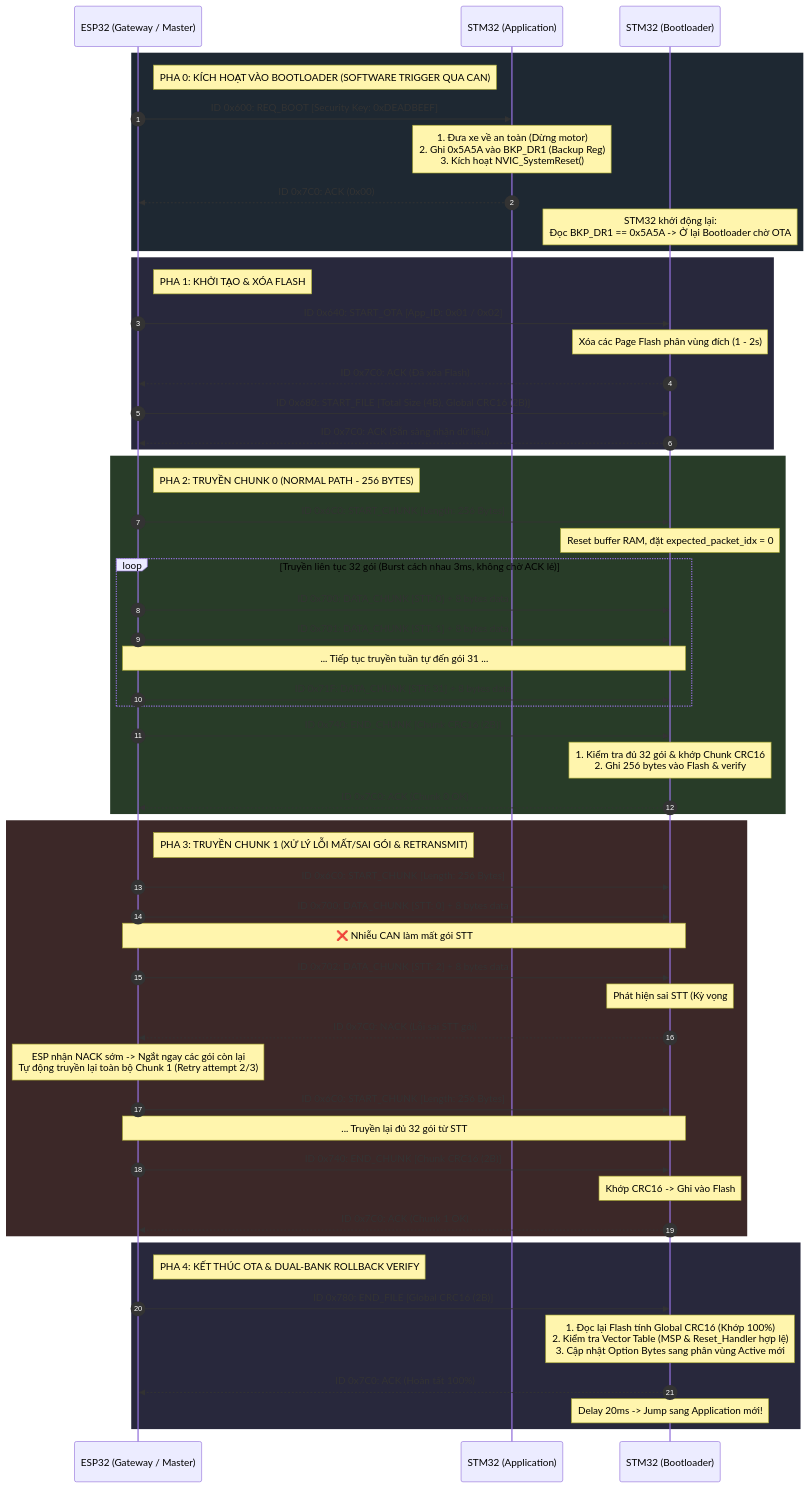
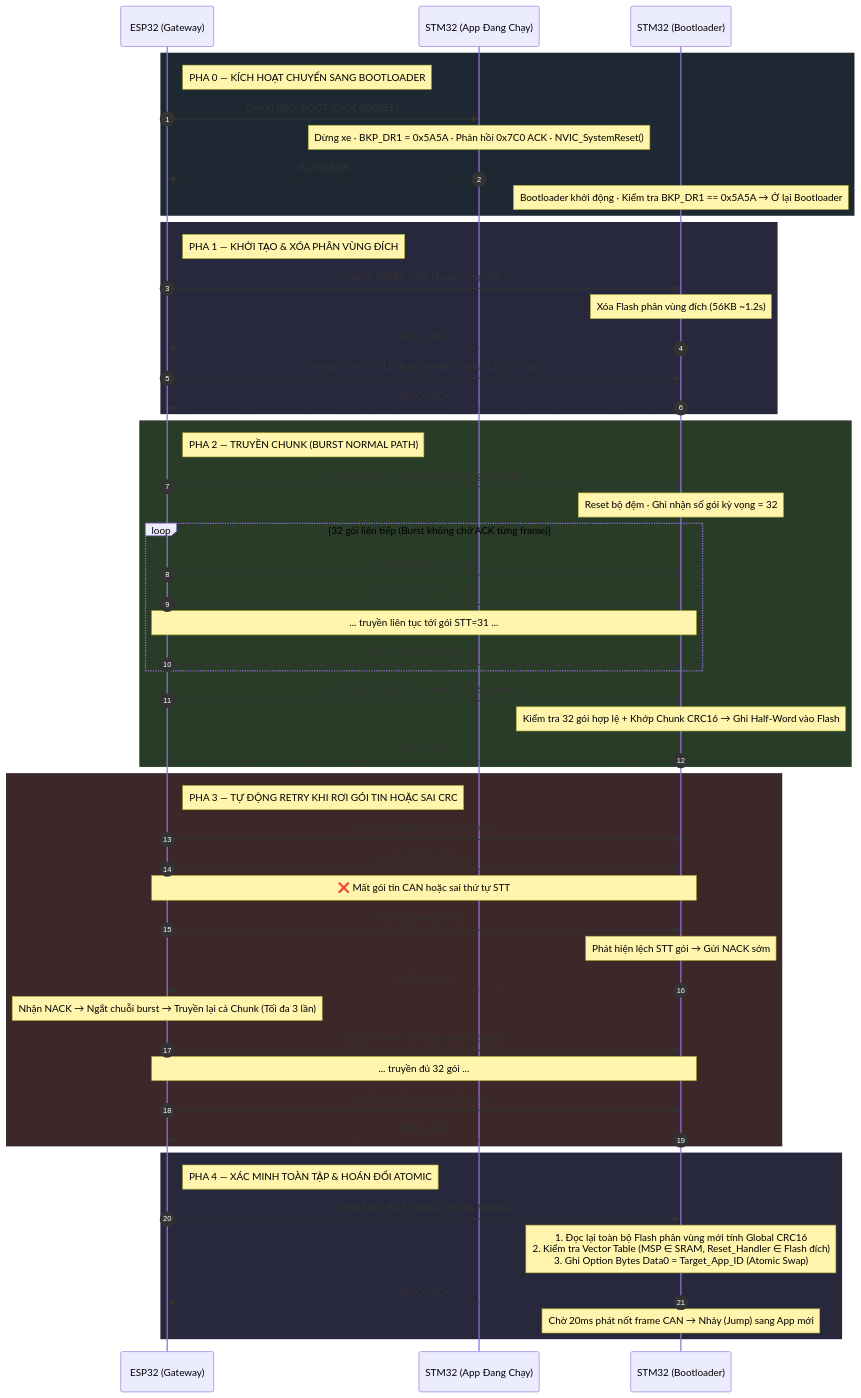
One commit to ShallWiron/OTAutomotive changed the second of 2 diagrams in Documents/Project_Management.md. Above: the diagram before and after it, drawn with Mermaid. The commit also changed other lines of this file and 116 other files, not shown here.

````diff
--- a/Documents/Project_Management.md
+++ b/Documents/Project_Management.md
@@ -107,68 +117,66 @@
 ```mermaid
 sequenceDiagram
     autonumber
-    participant ESP as ESP32 (Gateway / Master)
-    participant App as STM32 (Application)
+    participant ESP as ESP32 (Gateway)
+    participant App as STM32 (App Đang Chạy)
     participant Boot as STM32 (Bootloader)
 
-    rect rgb(30, 40, 50)
-    note right of ESP: PHA 0: KÍCH HOẠT VÀO BOOTLOADER (SOFTWARE TRIGGER QUA CAN)
-    ESP->>App: ID 0x600: REQ_BOOT [Security Key: 0xDEADBEEF]
-    Note over App: 1. Đưa xe về an toàn (Dừng motor)<br/>2. Ghi 0x5A5A vào BKP_DR1 (Backup Reg)<br/>3. Kích hoạt NVIC_SystemReset()
-    App-->>ESP: ID 0x7C0: ACK (0x00)
-    Note over Boot: STM32 khởi động lại:<br/>Đọc BKP_DR1 == 0x5A5A -> Ở lại Bootloader chờ OTA
+    rect rgb(30,40,50)
+    note right of ESP: PHA 0 — KÍCH HOẠT CHUYỂN SANG BOOTLOADER
+    ESP->>App: 0x600 REQ_BOOT [0xDEADBEEF]
+    Note over App: Dừng xe · BKP_DR1 = 0x5A5A · Phản hồi 0x7C0 ACK · NVIC_SystemReset()
+    App-->>ESP: 0x7C0 ACK
+    Note over Boot: Bootloader khởi động · Kiểm tra BKP_DR1 == 0x5A5A → Ở lại Bootloader
     end
 
-    rect rgb(40, 40, 60)
-    note right of ESP: PHA 1: KHỞI TẠO & XÓA FLASH
-    ESP->>Boot: ID 0x640: START_OTA [App_ID: 0x01 / 0x02]
-    Note over Boot: Xóa các Page Flash phân vùng đích (1 - 2s)
-    Boot-->>ESP: ID 0x7C0: ACK (Đã xóa Flash)
-    
-    ESP->>Boot: ID 0x680: START_FILE [Total Size (4B), Global CRC16 (2B)]
-    Boot-->>ESP: ID 0x7C0: ACK (Sẵn sàng nhận dữ liệu)
+    rect rgb(40,40,60)
+    note right of ESP: PHA 1 — KHỞI TẠO & XÓA PHÂN VÙNG ĐÍCH
+    ESP->>Boot: 0x640 START_OTA [Target_App_ID]
+    Note over Boot: Xóa Flash phân vùng đích (56KB ~1.2s)
+    Boot-->>ESP: 0x7C0 ACK
+
+    ESP->>Boot: 0x680 START_FILE [File Size 4B · Global CRC16 2B]
+    Boot-->>ESP: 0x7C0 ACK
     end
 
-    rect rgb(40, 60, 40)
-    note right of ESP: PHA 2: TRUYỀN CHUNK 0 (NORMAL PATH - 256 BYTES)
-    ESP->>Boot: ID 0x6C0: START_CHUNK [Length: 256 Bytes]
-    Note over Boot: Reset buffer RAM, đặt expected_packet_idx = 0
-    
-    loop Truyền liên tục 32 gói (Burst cách nhau 3ms, không chờ ACK lẻ)
-        ESP->>Boot: ID 0x700: DATA_CHUNK [STT: 0] + 8 bytes data
-        ESP->>Boot: ID 0x701: DATA_CHUNK [STT: 1] + 8 bytes data
-        Note over ESP,Boot: ... Tiếp tục truyền tuần tự đến gói 31 ...
-        ESP->>Boot: ID 0x71F: DATA_CHUNK [STT: 31] + 8 bytes data
-    end
-    
-    ESP->>Boot: ID 0x740: END_CHUNK [Chunk CRC16 (2B)]
-    Note over Boot: 1. Kiểm tra đủ 32 gói & khớp Chunk CRC16<br/>2. Ghi 256 bytes vào Flash & verify
-    Boot-->>ESP: ID 0x7C0: ACK (Chunk 0 OK)
+    rect rgb(40,60,40)
+    note right of ESP: PHA 2 — TRUYỀN CHUNK (BURST NORMAL PATH)
+    ESP->>Boot: 0x6C0 START_CHUNK [Chunk Length: 256B]
+    Note over Boot: Reset bộ đệm · Ghi nhận số gói kỳ vọng = 32
+
+    loop 32 gói liên tiếp (Burst không chờ ACK từng frame)
+        ESP->>Boot: 0x700 DATA[STT=0] 8B
+        ESP->>Boot: 0x701 DATA[STT=1] 8B
+        Note over ESP,Boot: ... truyền liên tục tới gói STT=31 ...
+        ESP->>Boot: 0x71F DATA[STT=31] 8B
     end
 
-    rect rgb(60, 40, 40)
-    note right of ESP: PHA 3: TRUYỀN CHUNK 1 (XỬ LÝ LỖI MẤT/SAI GÓI & RETRANSMIT)
-    ESP->>Boot: ID 0x6C0: START_CHUNK [Length: 256 Bytes]
-    ESP->>Boot: ID 0x700: DATA_CHUNK [STT: 0] + 8 bytes data
-    Note over ESP,Boot: ❌ Nhiễu CAN làm mất gói STT #1
-    ESP->>Boot: ID 0x702: DATA_CHUNK [STT: 2] + 8 bytes data
-    
-    Note over Boot: Phát hiện sai STT (Kỳ vọng #1, nhận #2)<br/>1. Đánh dấu chunk_seq_error = 1<br/>2. Gửi ngay NACK sớm
-    Boot-->>ESP: ID 0x7C0: NACK (Lỗi sai STT gói)
-    
-    Note over ESP: ESP nhận NACK sớm -> Ngắt ngay các gói còn lại<br/>Tự động truyền lại toàn bộ Chunk 1 (Retry attempt 2/3)
-    ESP->>Boot: ID 0x6C0: START_CHUNK [Length: 256 Bytes]
-    Note over ESP,Boot: ... Truyền lại đủ 32 gói từ STT #0 đến #31 ...
-    ESP->>Boot: ID 0x740: END_CHUNK [Chunk CRC16 (2B)]
-    Note over Boot: Khớp CRC16 -> Ghi vào Flash
-    Boot-->>ESP: ID 0x7C0: ACK (Chunk 1 OK)
+    ESP->>Boot: 0x740 END_CHUNK [Chunk CRC16-Modbus]
+    Note over Boot: Kiểm tra 32 gói hợp lệ + Khớp Chunk CRC16 → Ghi Half-Word vào Flash
+    Boot-->>ESP: 0x7C0 ACK
     end
 
-    rect rgb(40, 40, 60)
-    note right of ESP: PHA 4: KẾT THÚC OTA & DUAL-BANK ROLLBACK VERIFY
-    ESP->>Boot: ID 0x780: END_FILE [Global CRC16 (2B)]
-    Note over Boot: 1. Đọc lại Flash tính Global CRC16 (Khớp 100%)<br/>2. Kiểm tra Vector Table (MSP & Reset_Handler hợp lệ)<br/>3. Cập nhật Option Bytes sang phân vùng Active mới
-    Boot-->>ESP: ID 0x7C0: ACK (Hoàn tất 100%)
-    Note over Boot: Delay 20ms -> Jump sang Application mới!
+    rect rgb(60,40,40)
+    note right of ESP: PHA 3 — TỰ ĐỘNG RETRY KHI RƠI GÓI TIN HOẶC SAI CRC
+    ESP->>Boot: 0x6C0 START_CHUNK [256B]
+    ESP->>Boot: 0x700 DATA[STT=0]
+    Note over ESP,Boot: ❌ Mất gói tin CAN hoặc sai thứ tự STT
+    ESP->>Boot: 0x702 DATA[STT=2]
+    Note over Boot: Phát hiện lệch STT gói → Gửi NACK sớm
+    Boot-->>ESP: 0x7C0 NACK
+
+    Note over ESP: Nhận NACK → Ngắt chuỗi burst → Truyền lại cả Chunk (Tối đa 3 lần)
+    ESP->>Boot: 0x6C0 START_CHUNK [Retry Chunk]
+    Note over ESP,Boot: ... truyền đủ 32 gói ...
+    ESP->>Boot: 0x740 END_CHUNK [CRC16]
+    Boot-->>ESP: 0x7C0 ACK
+    end
+
+    rect rgb(40,40,60)
+    note right of ESP: PHA 4 — XÁC MINH TOÀN TẬP & HOÁN ĐỔI ATOMIC
+    ESP->>Boot: 0x780 END_FILE [Global CRC16-Modbus]
+    Note over Boot: 1. Đọc lại toàn bộ Flash phân vùng mới tính Global CRC16<br/>2. Kiểm tra Vector Table (MSP ∈ SRAM, Reset_Handler ∈ Flash đích)<br/>3. Ghi Option Bytes Data0 = Target_App_ID (Atomic Swap)
+    Boot-->>ESP: 0x7C0 ACK
+    Note over Boot: Chờ 20ms phát nốt frame CAN → Nhảy (Jump) sang App mới
     end
 ```
````
